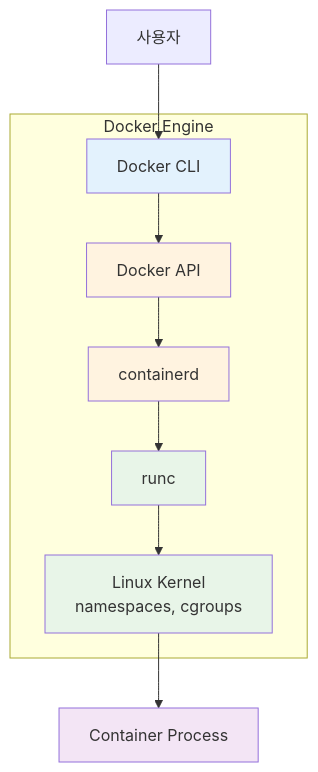
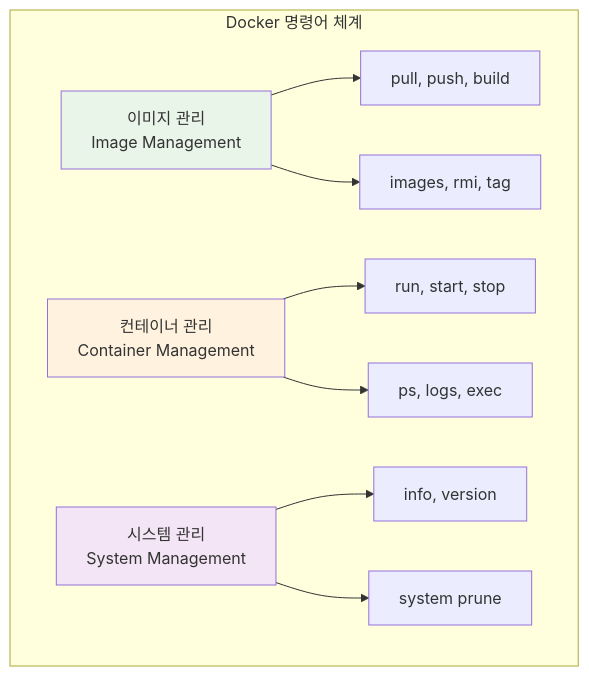
The first of 2 diagrams in theory/week_01/day2/README.md (niceguy61/kdt_devops_lecture_2025), drawn with Mermaid before and after one commit. The commit also changed other lines of this file and 1 other file, not shown here.

````diff
--- a/theory/week_01/day2/README.md
+++ b/theory/week_01/day2/README.md
@@ -286,19 +85,17 @@
 ```mermaid
 graph TB
-    subgraph "Docker Engine"
-        A[Docker CLI] --> B[Docker API]
-        B --> C[containerd]
-        C --> D[runc]
-        D --> E[Linux Kernel<br/>namespaces, cgroups]
+    subgraph "Docker 명령어 체계"
+        A[이미지 관리<br/>Image Management] --> A1[pull, push, build]
+        A --> A2[images, rmi, tag]
+        
+        B[컨테이너 관리<br/>Container Management] --> B1[run, start, stop]
+        B --> B2[ps, logs, exec]
+        
+        C[시스템 관리<br/>System Management] --> C1[info, version]
+        C --> C2[system prune]
     end
     
-    F[사용자] --> A
-    E --> G[Container Process]
-    
-    style A fill:#e3f2fd
+    style A fill:#e8f5e8
     style B fill:#fff3e0
-    style C fill:#fff3e0
-    style D fill:#e8f5e8
-    style E fill:#e8f5e8
-    style G fill:#f3e5f5
+    style C fill:#f3e5f5
 ```
````
